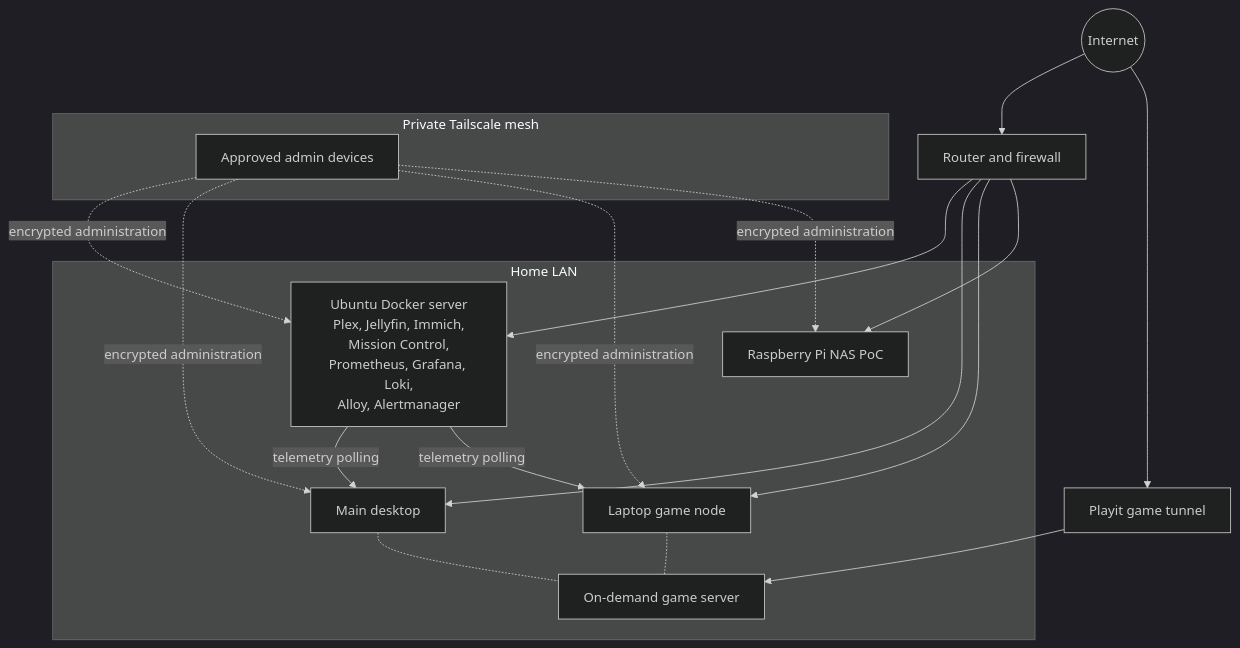
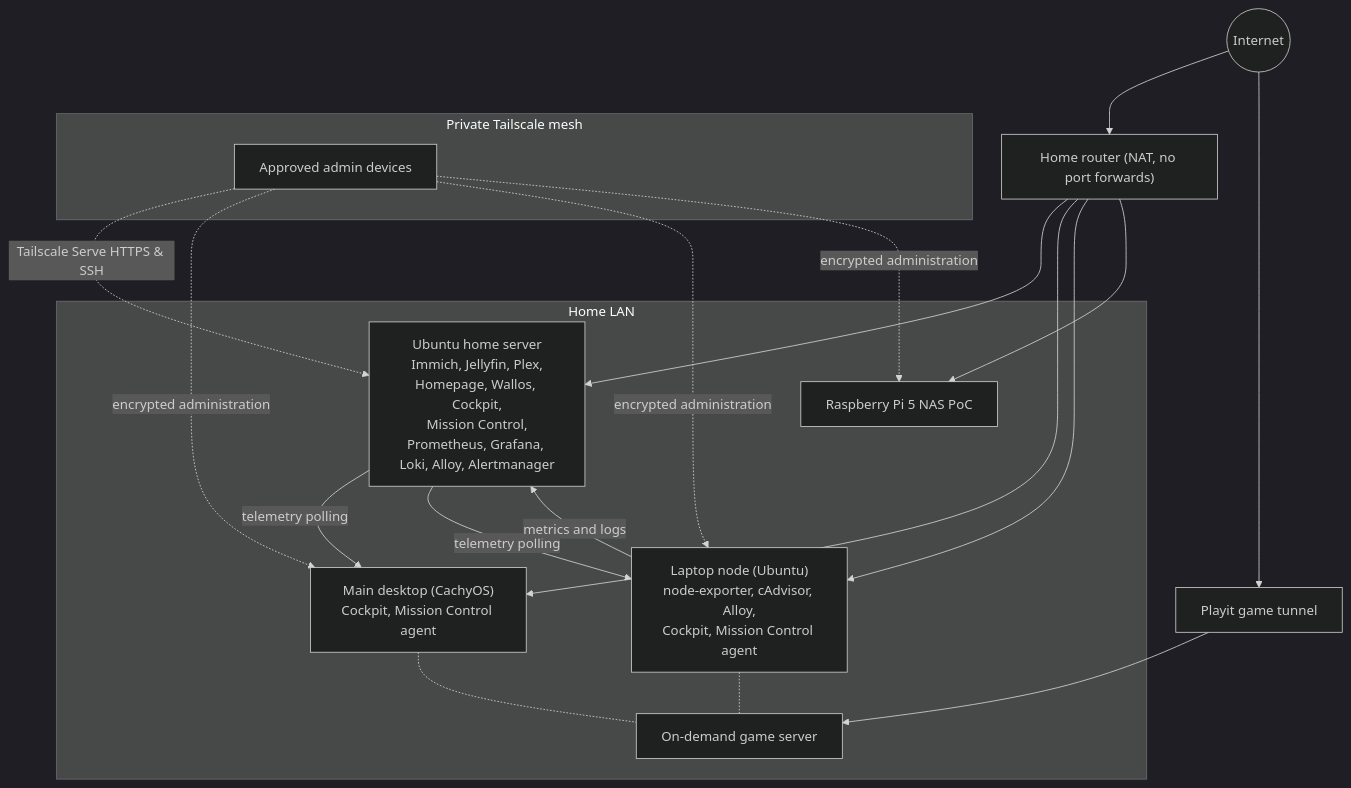
Before and after one commit to SaiAnumula/homelab: the diagram in docs/network-topology.md, drawn with Mermaid (dark theme). The commit also changed other lines of this file and 3 other files, not shown here.

Commit message:
Update network topology docs with physical and logical SVG diagrams

````diff
--- a/docs/network-topology.md
+++ b/docs/network-topology.md
@@ -8,34 +25,35 @@
 ```mermaid
 flowchart TD
     Internet((Internet))
-    Router["Router and firewall"]
+    Router["Home router (NAT, no port forwards)"]
     Tunnel["Playit game tunnel"]
 
     subgraph LAN["Home LAN"]
-        Server["Ubuntu Docker server<br/>Plex, Jellyfin, Immich,<br/>Mission Control,<br/>Prometheus, Grafana, Loki,<br/>Alloy, Alertmanager"]
-        Desktop["Main desktop"]
-        Laptop["Laptop game node"]
-        Pi["Raspberry Pi NAS PoC"]
+        Server["Ubuntu home server<br/>Immich, Jellyfin, Plex,<br/>Homepage, Wallos, Cockpit,<br/>Mission Control,<br/>Prometheus, Grafana, Loki, Alloy, Alertmanager"]
+        Desktop["Main desktop (CachyOS)<br/>Cockpit, Mission Control agent"]
+        Laptop["Laptop node (Ubuntu)<br/>node-exporter, cAdvisor, Alloy,<br/>Cockpit, Mission Control agent"]
+        Pi["Raspberry Pi 5 NAS PoC"]
         Game["On-demand game server"]
     end
 
     subgraph Mesh["Private Tailscale mesh"]
         Admin["Approved admin devices"]
     end
 
     Internet --> Router
     Router --> Server
     Router --> Desktop
     Router --> Laptop
     Router --> Pi
     Internet --> Tunnel
     Tunnel --> Game
     Desktop -.- Game
     Laptop -.- Game
     Server -- "telemetry polling" --> Desktop
     Server -- "telemetry polling" --> Laptop
-    Admin -. "encrypted administration" .-> Server
+    Laptop -- "metrics and logs" --> Server
+    Admin -. "Tailscale Serve HTTPS & SSH" .-> Server
     Admin -. "encrypted administration" .-> Desktop
     Admin -. "encrypted administration" .-> Laptop
     Admin -. "encrypted administration" .-> Pi
 ```
````
